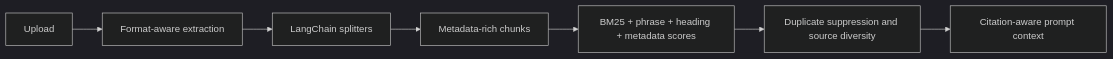
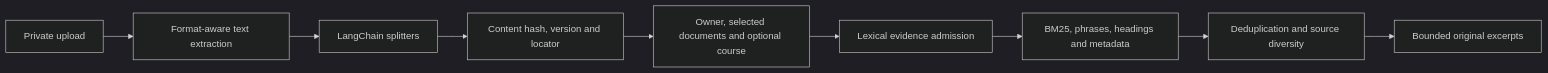
The third of 3 diagrams in docs/architecture.md (lizr-phys/physics-learning-agent), drawn with Mermaid (dark theme) before and after one commit. The commit also changed other lines of this file and 149 other files, not shown here.

````diff
--- a/docs/architecture.md
+++ b/docs/architecture.md
@@ -62,9 +107,11 @@
 ```mermaid
 flowchart LR
-  Upload["Upload"] --> Extract["Format-aware extraction"]
+  Upload["Private upload"] --> Extract["Format-aware text extraction"]
   Extract --> Split["LangChain splitters"]
-  Split --> Chunks["Metadata-rich chunks"]
-  Chunks --> Score["BM25 + phrase + heading + metadata scores"]
-  Score --> Diversify["Duplicate suppression and source diversity"]
-  Diversify --> Context["Citation-aware prompt context"]
+  Split --> Chunks["Content hash, version and locator"]
+  Chunks --> Scope["Owner, selected documents and optional course"]
+  Scope --> Admit["Lexical evidence admission"]
+  Admit --> Rank["BM25, phrases, headings and metadata"]
+  Rank --> Select["Deduplication and source diversity"]
+  Select --> Prompt["Bounded original excerpts"]
 ```
````
